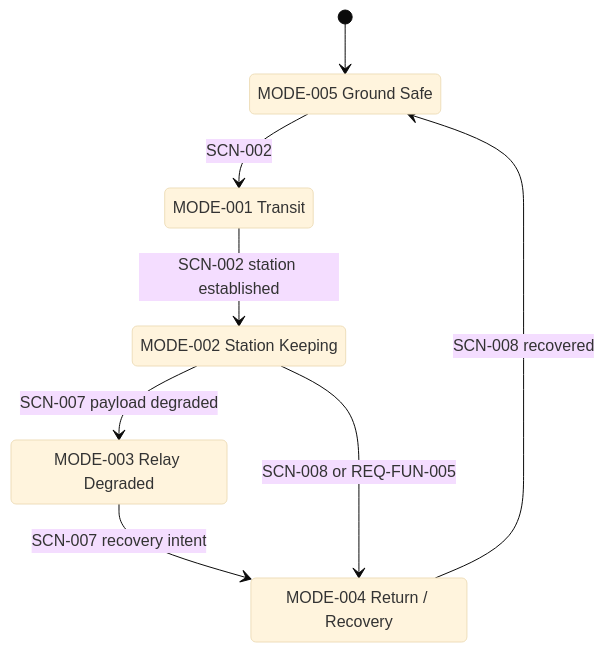
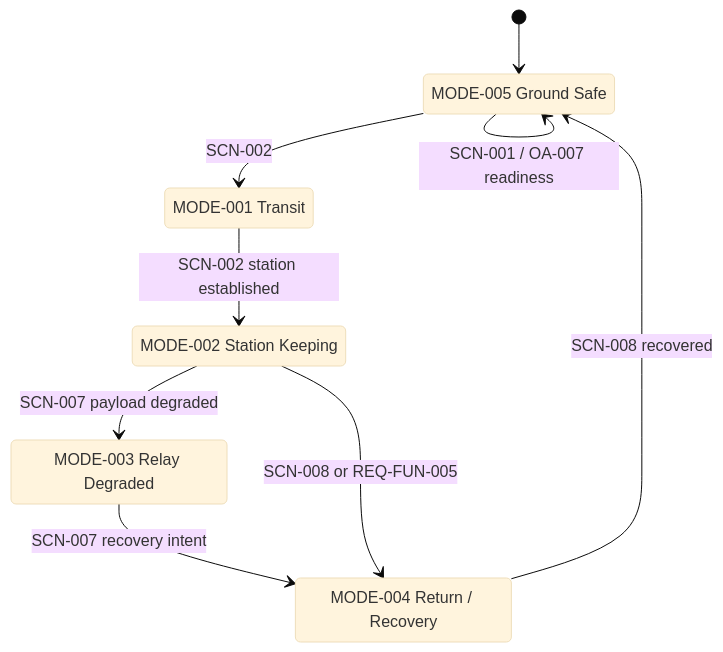
Before and after one commit to noahstephenson/low-cost-relay-uas: the seventh of 12 diagrams in architecture.md, drawn with Mermaid (base theme). The commit also changed other lines of this file and 12 other files, not shown here.

Commit message:
Mature relay UAS candidate architecture

````diff
--- a/architecture.md
+++ b/architecture.md
@@ -182,16 +190,17 @@
 ```mermaid
 stateDiagram-v2
     %% Configuration scope: CFG-REP / CFG-DOM
     state "MODE-005 Ground Safe" as MODE_005
     state "MODE-001 Transit" as MODE_001
     state "MODE-002 Station Keeping" as MODE_002
     state "MODE-003 Relay Degraded" as MODE_003
     state "MODE-004 Return / Recovery" as MODE_004
     [*] --> MODE_005
+    MODE_005 --> MODE_005: SCN-001 / OA-007 readiness
     MODE_005 --> MODE_001: SCN-002
     MODE_001 --> MODE_002: SCN-002 station established
     MODE_002 --> MODE_003: SCN-007 payload degraded
     MODE_003 --> MODE_004: SCN-007 recovery intent
     MODE_002 --> MODE_004: SCN-008 or REQ-FUN-005
     MODE_004 --> MODE_005: SCN-008 recovered
 ```
````
